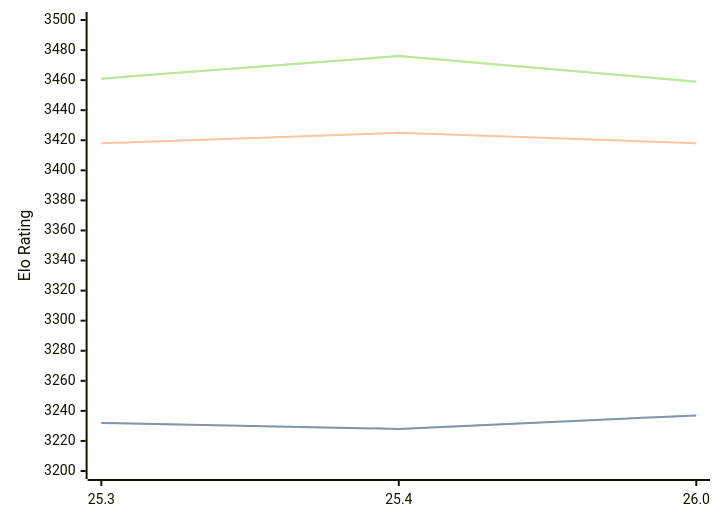
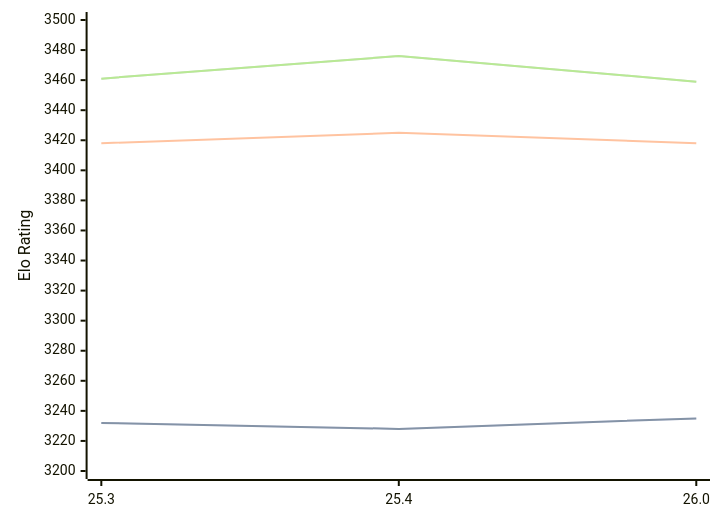
Before and after one commit to computer-chess-index/cci: the diagram in engines/Arasan.md, drawn with Mermaid. The commit also changed other lines of this file, not shown here.

````diff
--- a/engines/Arasan.md
+++ b/engines/Arasan.md
@@ -34,11 +54,11 @@
 ```mermaid
 %%{init: {"theme":"base","themeVariables":{"seriesColors:['#a3a3a3','#222221','#faa371']}}}%%
 xychart-beta
   x-axis ["25.3", "25.4", "26.0"]
   y-axis "Elo Rating" 3200 --> 3500
-  line "STC (8.0+0.08s)" [3232, 3228, 3237]
-  line "STC (8.0+0.08s)" [3232, 3228, 3237]
+  line "STC (8.0+0.08s)" [3232, 3228, 3235]
+  line "STC (8.0+0.08s)" [3232, 3228, 3235]
   line "LTC (60.0+0.60s)" [3418, 3425, 3418]
   line "VLTC (2m24s+1.12s)" [3461, 3476, 3459]
   line "VLTC (2m24s+1.12s)" [3461, 3476, 3459]
 ```
````
